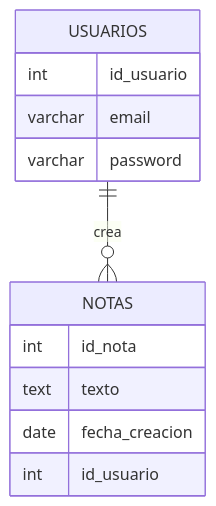
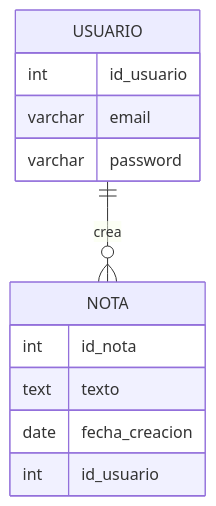
The diagram in docs/ejercicios/ud08/ejercicio_ud08_entregable.md (JMAbadLopez/programacion), drawn with Mermaid before and after one commit. The commit also changed other lines of this file and 36 other files, not shown here.

````diff
--- a/docs/ejercicios/ud08/ejercicio_ud08_entregable.md
+++ b/docs/ejercicios/ud08/ejercicio_ud08_entregable.md
@@ -23,16 +23,15 @@
 ```mermaid
 erDiagram
-    USUARIOS {
+    USUARIO {
         int id_usuario
         varchar email
         varchar password
     }
-    NOTAS {
+    NOTA {
         int id_nota
         text texto
         date fecha_creacion
         int id_usuario
     }
-
-    USUARIOS ||--o{ NOTAS : "crea"
+    USUARIO ||--o{ NOTA : crea
 ```
````
